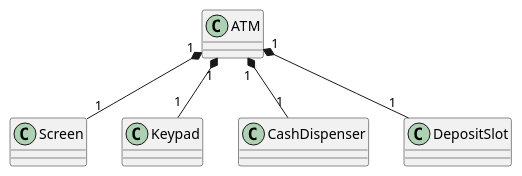
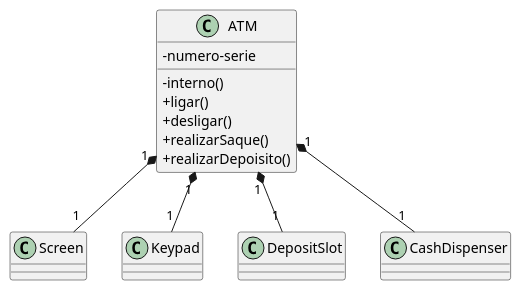
The diagram in c++/Deitel/atm/fig03-22.puml (marcuswlima/learning), drawn with PlantUML before and after one commit. The commit also changed 2 other files, not shown here.

Commit message:
3.11 Estudo de caso de engenharia de software: identificando as classes no documento de requisitos do ATM

```diff
--- a/c++/Deitel/atm/fig03-22.puml
+++ b/c++/Deitel/atm/fig03-22.puml
@@ -1,27 +1,35 @@
 @startuml
 skinparam classAttributeIconSize 0
-class ATM {
+
+class Screen {
 
 }
 
-class Screen {
+
+class ATM {
+    -numero-serie
+    -interno()
+    +ligar()
+    +desligar()
+    +realizarSaque()
+    +realizarDepoisito()
 
 }
 
 class Keypad{
 
 }
-class CashDispenser{
+class DepositSlot{
 
 }
-class DepositSlot{
+class CashDispenser{
 
 }
 
 ATM "1" *-- "1" DepositSlot
 ATM "1" *-- "1" Keypad
 ATM "1" *-- "1" CashDispenser
 ATM "1" *-- "1" Screen
 
 
 @enduml
```
